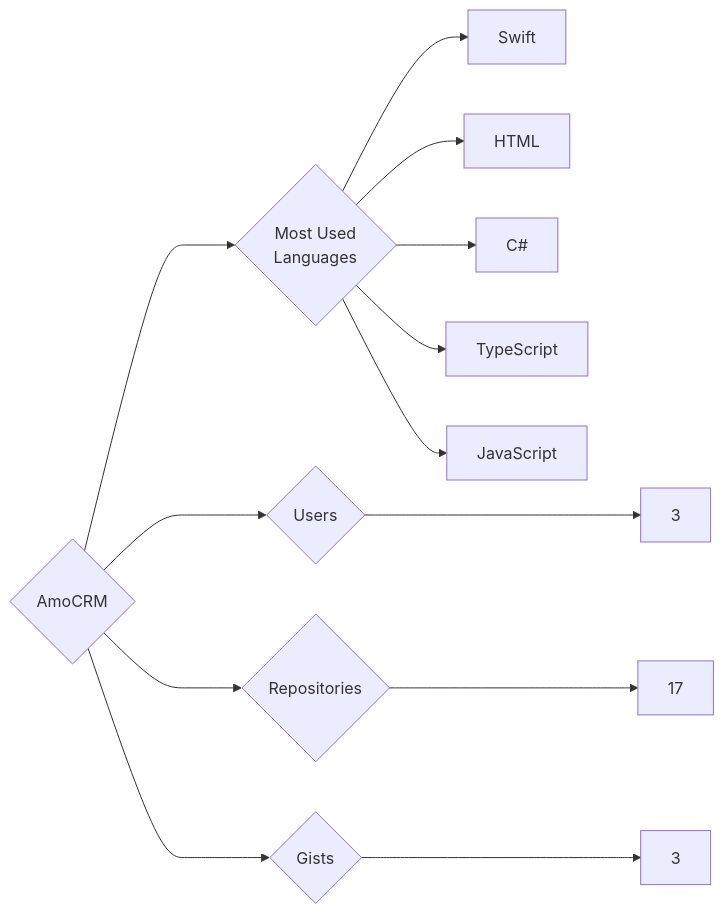
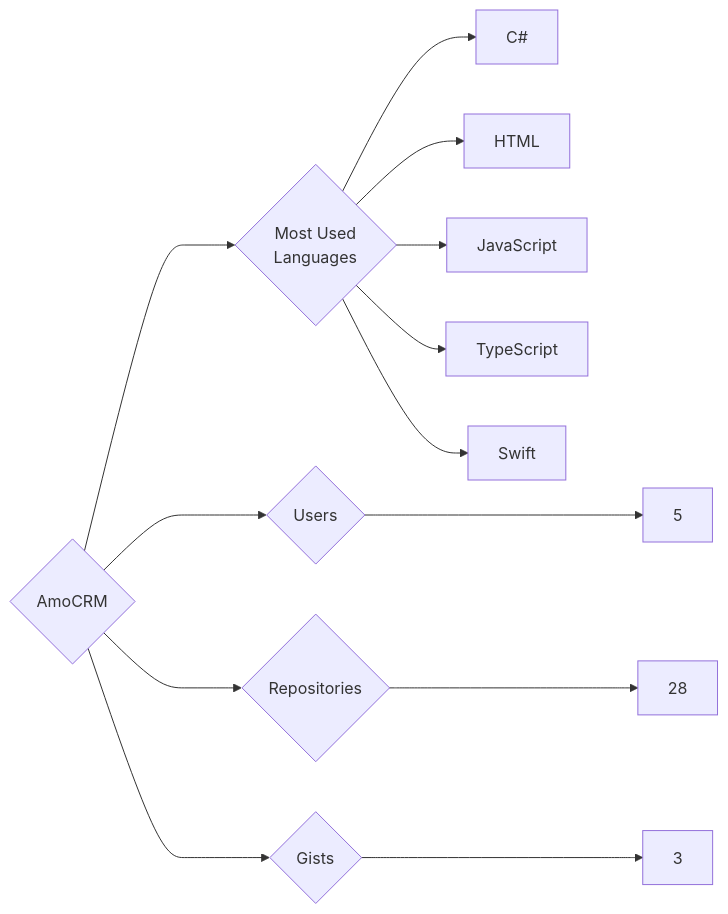
Before and after one commit to trickest/insiders: the diagram in targets/AmoCRM/README.md, drawn with Mermaid. The commit also changed 783 other files, not shown here.

````diff
--- a/targets/AmoCRM/README.md
+++ b/targets/AmoCRM/README.md
@@ -3,13 +3,13 @@
 ```mermaid
 graph LR
 COMPANY_NAME{AmoCRM}
-COMPANY_NAME ---> U{Users} ---> UN[3]
-COMPANY_NAME ---> R{Repositories} ---> RN[17]
+COMPANY_NAME ---> U{Users} ---> UN[5]
+COMPANY_NAME ---> R{Repositories} ---> RN[28]
 COMPANY_NAME ---> G{Gists} ---> GN[3]
 COMPANY_NAME ---> ML{Most Used<br>Languages}
+ML --> C#[C#]
+ML --> HTML[HTML]
+ML --> JavaScript[JavaScript]
+ML --> TypeScript[TypeScript]
 ML --> Swift[Swift]
-ML --> HTML[HTML]
-ML --> C#[C#]
-ML --> TypeScript[TypeScript]
-ML --> JavaScript[JavaScript]
 ```
````
